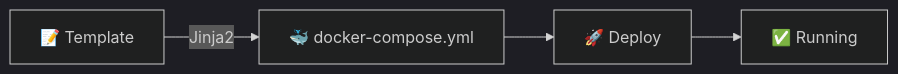
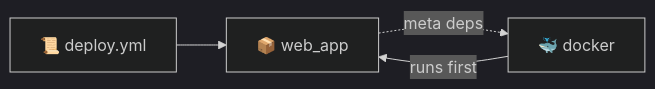
The third of 7 diagrams in lectures/lec6.md (inno-devops-labs/DevOps-Core-Course), drawn with Mermaid (dark theme) before and after one commit. The commit also changed other lines of this file and 24 other files, not shown here.

````diff
--- a/lectures/lec6.md
+++ b/lectures/lec6.md
@@ -346,6 +282,6 @@
 ```mermaid
 flowchart LR
-  Template[📝 Template] -->|Jinja2| Compose[🐳 docker-compose.yml]
-  Compose --> Deploy[🚀 Deploy]
-  Deploy --> Running[✅ Running]
+  Play[📜 deploy.yml] --> WebApp[📦 web_app]
+  WebApp -.->|meta deps| Docker[🐳 docker]
+  Docker -->|runs first| WebApp
 ```
````
